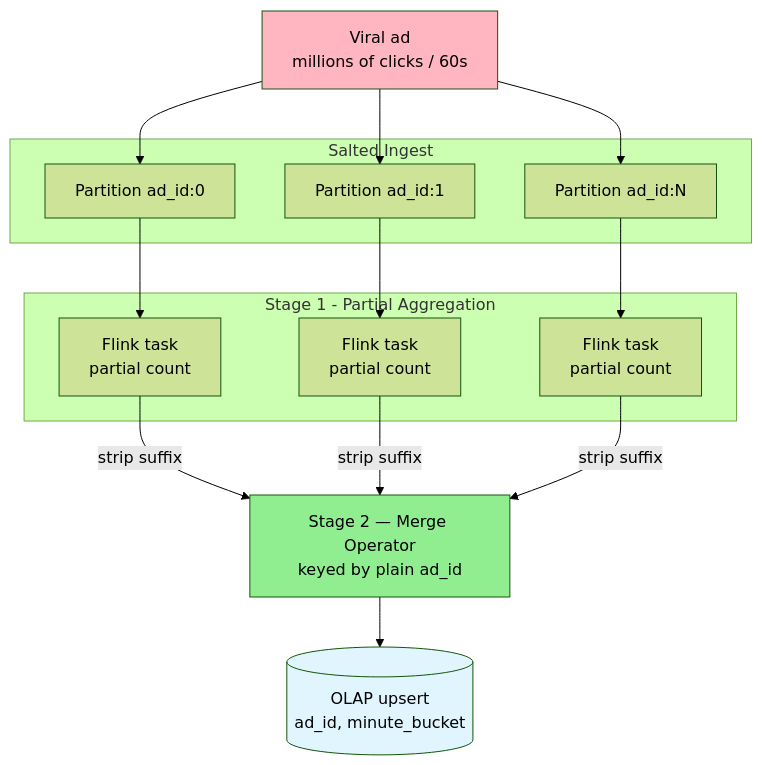
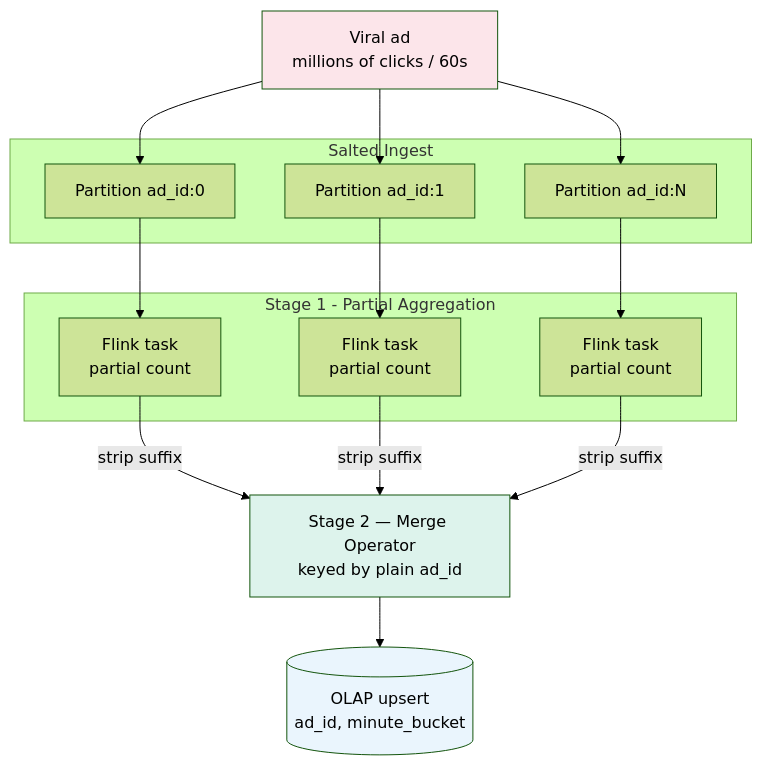
The fourth of 6 diagrams in LLD/questions/Design Ad Click Aggregator.md (cartmancodes/InterviewVault), drawn with Mermaid (forest theme) before and after one commit. The commit also changed other lines of this file and 679 other files, not shown here.

Commit message:
Unify content diagrams and add accessible visual walkthroughs

````diff
--- a/LLD/questions/Design Ad Click Aggregator.md
+++ b/LLD/questions/Design Ad Click Aggregator.md
@@ -250,34 +250,34 @@
 ```mermaid
 graph TB
     HOT[Viral ad<br/>millions of clicks / 60s]
 
     subgraph Salted Ingest
         P0[Partition ad_id:0]
         P1[Partition ad_id:1]
         PN[Partition ad_id:N]
     end
 
     subgraph "Stage 1 - Partial Aggregation"
         A0[Flink task<br/>partial count]
         A1[Flink task<br/>partial count]
         AN[Flink task<br/>partial count]
     end
 
     MERGE[Stage 2 — Merge Operator<br/>keyed by plain ad_id]
     OUT[(OLAP upsert<br/>ad_id, minute_bucket)]
 
     HOT --> P0
     HOT --> P1
     HOT --> PN
     P0 --> A0
     P1 --> A1
     PN --> AN
     A0 -->|strip suffix| MERGE
     A1 -->|strip suffix| MERGE
     AN -->|strip suffix| MERGE
     MERGE --> OUT
 
-    style HOT fill:#FFB6C1
-    style MERGE fill:#90EE90
-    style OUT fill:#e1f5ff
+    style HOT fill:#FCE5EA
+    style MERGE fill:#DDF3EC
+    style OUT fill:#EAF5FD
 ```
````
